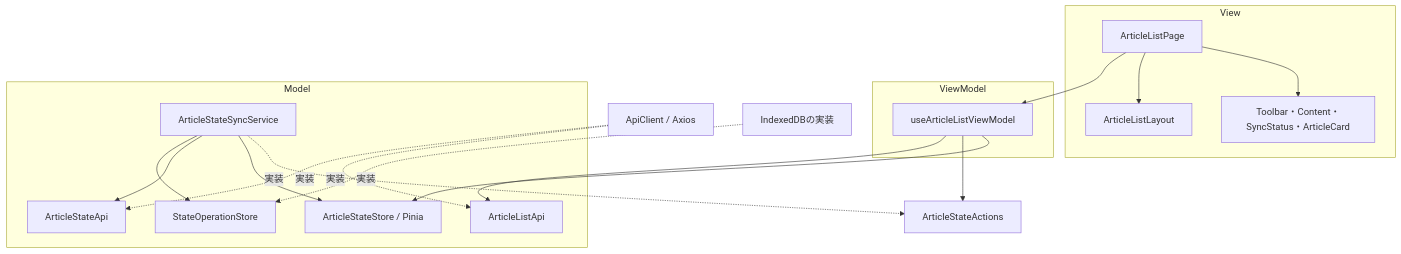
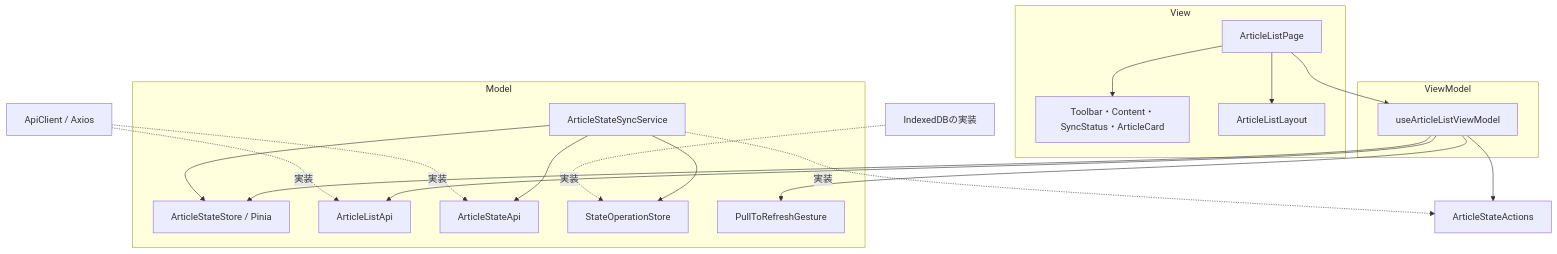
One commit to BeppuKanato/it-discovery changed the first of 6 diagrams in docs/frontend-architecture.md. Above: the diagram before and after it, drawn with Mermaid. The commit also changed other lines of this file and 3 other files, not shown here.

Commit message:
docs(web): 入力通知とジェスチャー判定の役割と構成図を更新する

````diff
--- a/docs/frontend-architecture.md
+++ b/docs/frontend-architecture.md
@@ -11,31 +11,33 @@
 ```mermaid
 flowchart TB
   subgraph V[View]
     Page[ArticleListPage]
     Parts[Toolbar・Content・SyncStatus・ArticleCard]
     Layout[ArticleListLayout]
     Page --> Parts
     Page --> Layout
   end
   subgraph VM[ViewModel]
     List[useArticleListViewModel]
   end
   subgraph M[Model]
     State[ArticleStateStore / Pinia]
     Sync[ArticleStateSyncService]
     ListAPI[ArticleListApi]
     StateAPI[ArticleStateApi]
     Local[StateOperationStore]
+    Gesture[PullToRefreshGesture]
   end
   Page --> List
   List --> State
+  List --> Gesture
   List --> SyncActions[ArticleStateActions]
   List --> ListAPI
   Sync -. 実装 .-> SyncActions
   Sync --> State
   Sync --> StateAPI
   Sync --> Local
   Client[ApiClient / Axios] -. 実装 .-> ListAPI
   Client -. 実装 .-> StateAPI
   Indexed[IndexedDBの実装] -. 実装 .-> Local
 ```
````
